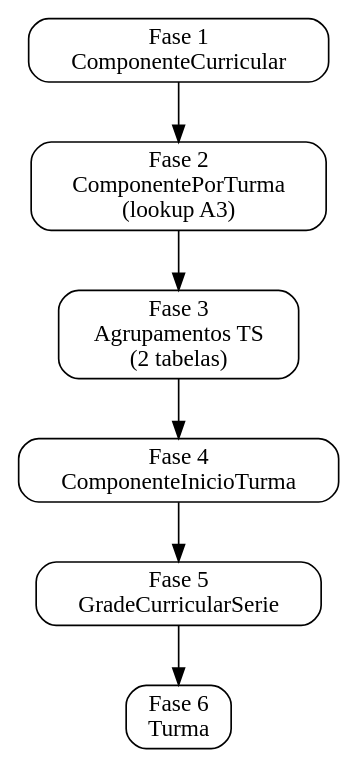
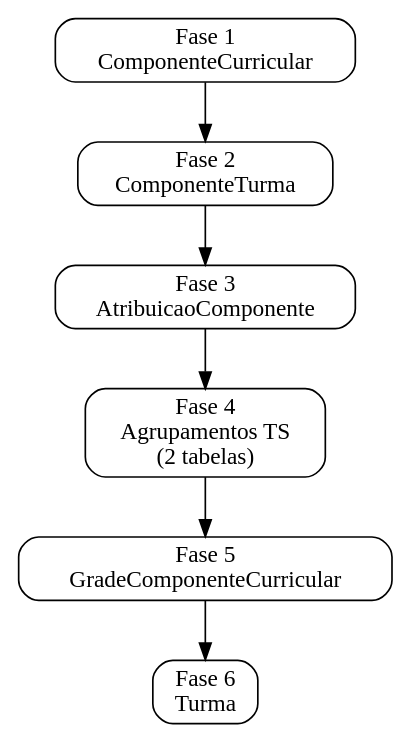
Before and after one commit to prefeiturasp/SME-IntegracaoEOL-MS-ETL: the diagram in docs/dominios/pedagogico/visao_geral.md, drawn with Graphviz. The commit also changed other lines of this file and 22 other files, not shown here.

````diff
--- a/docs/dominios/pedagogico/visao_geral.md
+++ b/docs/dominios/pedagogico/visao_geral.md
@@ -82,15 +84,15 @@
 ```{graphviz}
 digraph G {
     rankdir=TB;
     node [shape=box, style="rounded"];
 
     F1 [label="Fase 1\nComponenteCurricular"];
-    F2 [label="Fase 2\nComponentePorTurma\n(lookup A3)"];
-    F3 [label="Fase 3\nAgrupamentos TS\n(2 tabelas)"];
-    F4 [label="Fase 4\nComponenteInicioTurma"];
-    F5 [label="Fase 5\nGradeCurricularSerie"];
+    F2 [label="Fase 2\nComponenteTurma"];
+    F3 [label="Fase 3\nAtribuicaoComponente"];
+    F4 [label="Fase 4\nAgrupamentos TS\n(2 tabelas)"];
+    F5 [label="Fase 5\nGradeComponenteCurricular"];
     F6 [label="Fase 6\nTurma"];
 
     F1 -> F2 -> F3 -> F4 -> F5 -> F6;
 }
 ```
````
